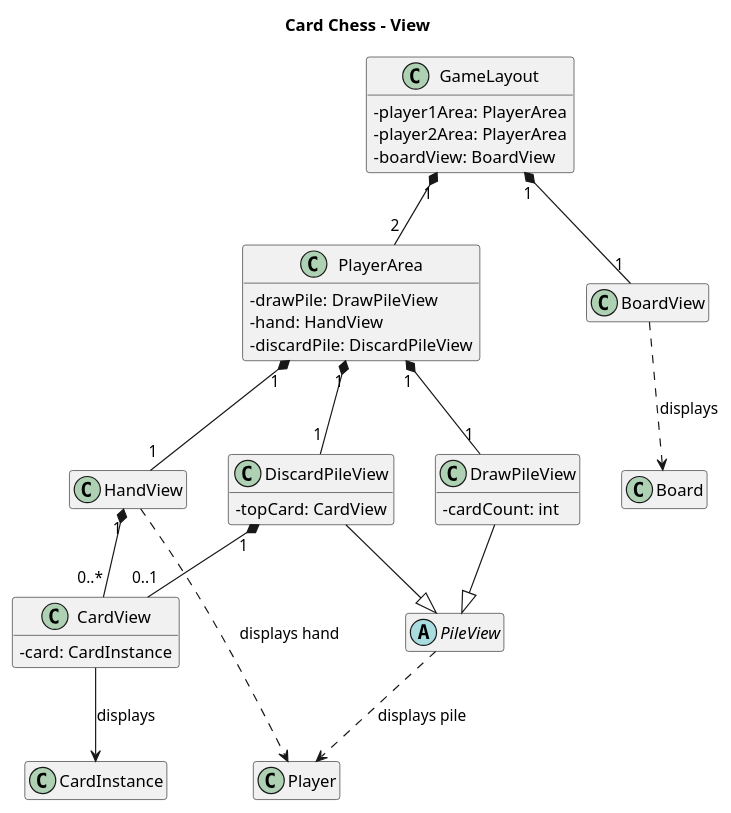
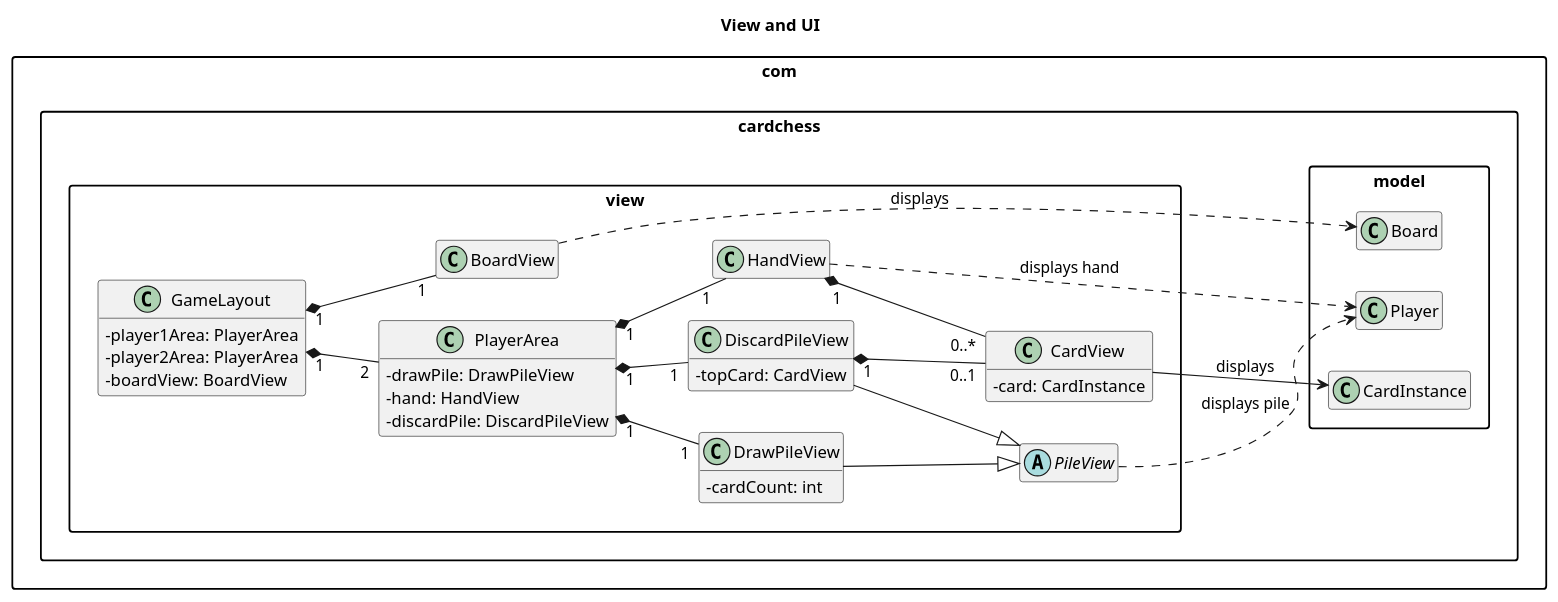
One commit to its-me-jon/cardChess changed the diagram in demo/docs/ViewAndUI.puml. Above: the diagram before and after it, drawn with PlantUML. The commit also changed 4 other files, not shown here.

Commit message:
Update/Reformat UML

```diff
--- a/demo/docs/ViewAndUI.puml
+++ b/demo/docs/ViewAndUI.puml
@@ -1,56 +1,87 @@
 @startuml
-title Card Chess - View
+title View and UI
+
+left to right direction
 
 skinparam classAttributeIconSize 0
+skinparam packageStyle rectangle
 hide empty members
-top to bottom direction
 
-class GameLayout {
-    - player1Area: PlayerArea
-    - player2Area: PlayerArea
-    - boardView: BoardView
+package "com.cardchess.view" {
+
+  ' Main Game Layout
+
+  together {
+    class GameLayout {
+      - player1Area: PlayerArea
+      - player2Area: PlayerArea
+      - boardView: BoardView
+    }
+
+    class PlayerArea {
+      - drawPile: DrawPileView
+      - hand: HandView
+      - discardPile: DiscardPileView
+    }
+
+    class BoardView
+  }
+
+  ' Card and Pile Views
+
+  together {
+    class HandView {
+    }
+
+    abstract class PileView {
+    }
+
+    class DrawPileView {
+      - cardCount: int
+    }
+
+    class DiscardPileView {
+      - topCard: CardView
+    }
+
+    class CardView {
+      - card: CardInstance
+    }
+  }
+
 }
 
-class PlayerArea {
-    - drawPile: DrawPileView
-    - hand: HandView
-    - discardPile: DiscardPileView
+package "com.cardchess.model" {
+
+  ' Supporting Types
+
+  class Player
+  class Board
+  class CardInstance
 }
 
-class HandView
+' View Inheritance
 
-abstract class PileView
+DrawPileView --|> PileView
+DiscardPileView --|> PileView
 
-class DrawPileView {
-    - cardCount: int
-}
-
-class DiscardPileView {
-    - topCard: CardView
-}
-
-class CardView {
-    - card: CardInstance
-}
-
-class BoardView
+' View Composition
 
 GameLayout "1" *-- "2" PlayerArea
 GameLayout "1" *-- "1" BoardView
 
 PlayerArea "1" *-- "1" HandView
 PlayerArea "1" *-- "1" DrawPileView
 PlayerArea "1" *-- "1" DiscardPileView
 
-DrawPileView --|> PileView
-DiscardPileView --|> PileView
-
 HandView "1" *-- "0..*" CardView
 DiscardPileView "1" *-- "0..1" CardView
+
+' View and Model Relationships
 
 CardView --> CardInstance : displays
 HandView ..> Player : displays hand
 PileView ..> Player : displays pile
 BoardView ..> Board : displays
 
 @enduml
```
